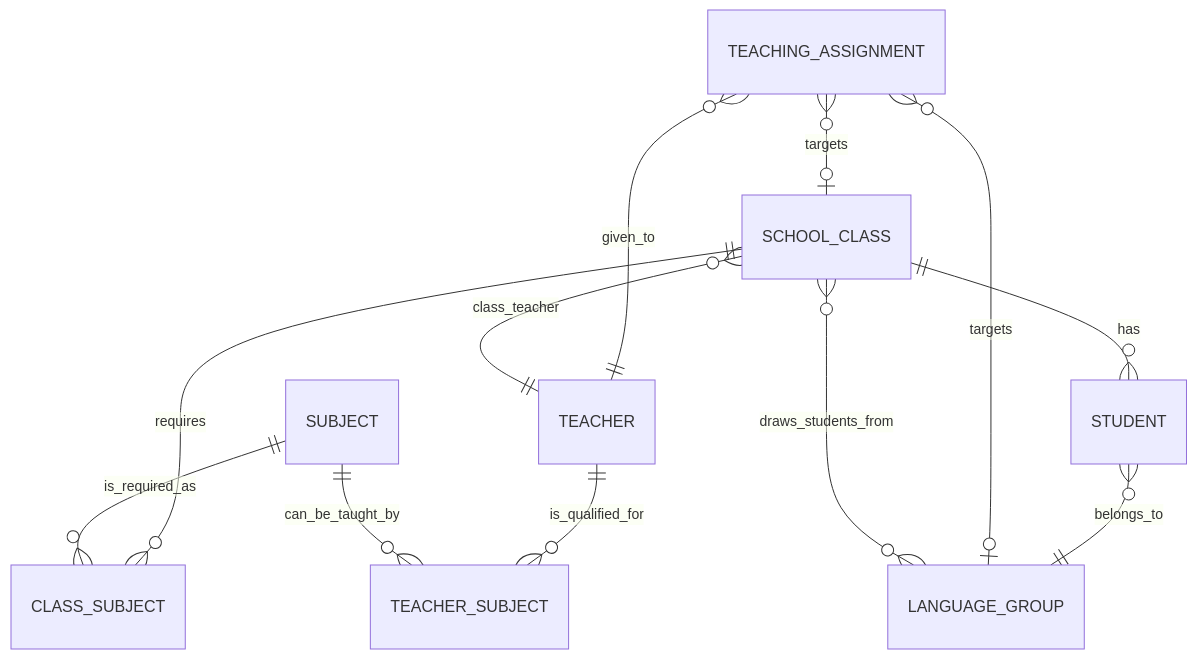
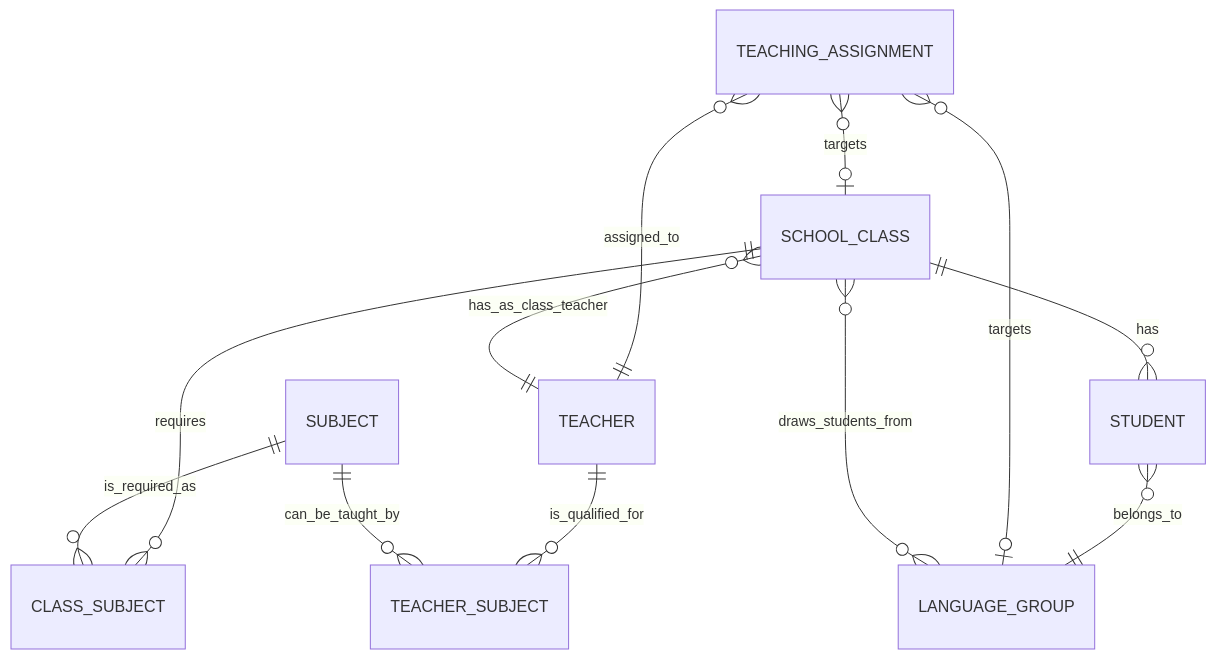
One commit to S1DHARTHK/Advance-Multiclass-TimeTable-Generator changed the second of 2 diagrams in README.md. Above: the diagram before and after it, drawn with Mermaid. The commit also changed other lines of this file, not shown here.

````diff
--- a/README.md
+++ b/README.md
@@ -417,14 +419,18 @@
 ```mermaid
 erDiagram
     SCHOOL_CLASS ||--o{ STUDENT : has
     SCHOOL_CLASS ||--o{ CLASS_SUBJECT : requires
     SUBJECT ||--o{ CLASS_SUBJECT : is_required_as
+
     TEACHER ||--o{ TEACHER_SUBJECT : is_qualified_for
     SUBJECT ||--o{ TEACHER_SUBJECT : can_be_taught_by
+
     LANGUAGE_GROUP }o--o{ SCHOOL_CLASS : draws_students_from
     STUDENT }o--|| LANGUAGE_GROUP : belongs_to
-    TEACHING_ASSIGNMENT }o--|| TEACHER : given_to
+
+    TEACHING_ASSIGNMENT }o--|| TEACHER : assigned_to
     TEACHING_ASSIGNMENT }o--o| SCHOOL_CLASS : targets
     TEACHING_ASSIGNMENT }o--o| LANGUAGE_GROUP : targets
-    SCHOOL_CLASS }o--|| TEACHER : class_teacher
+
+    SCHOOL_CLASS }o--|| TEACHER : has_as_class_teacher
 ```
````
